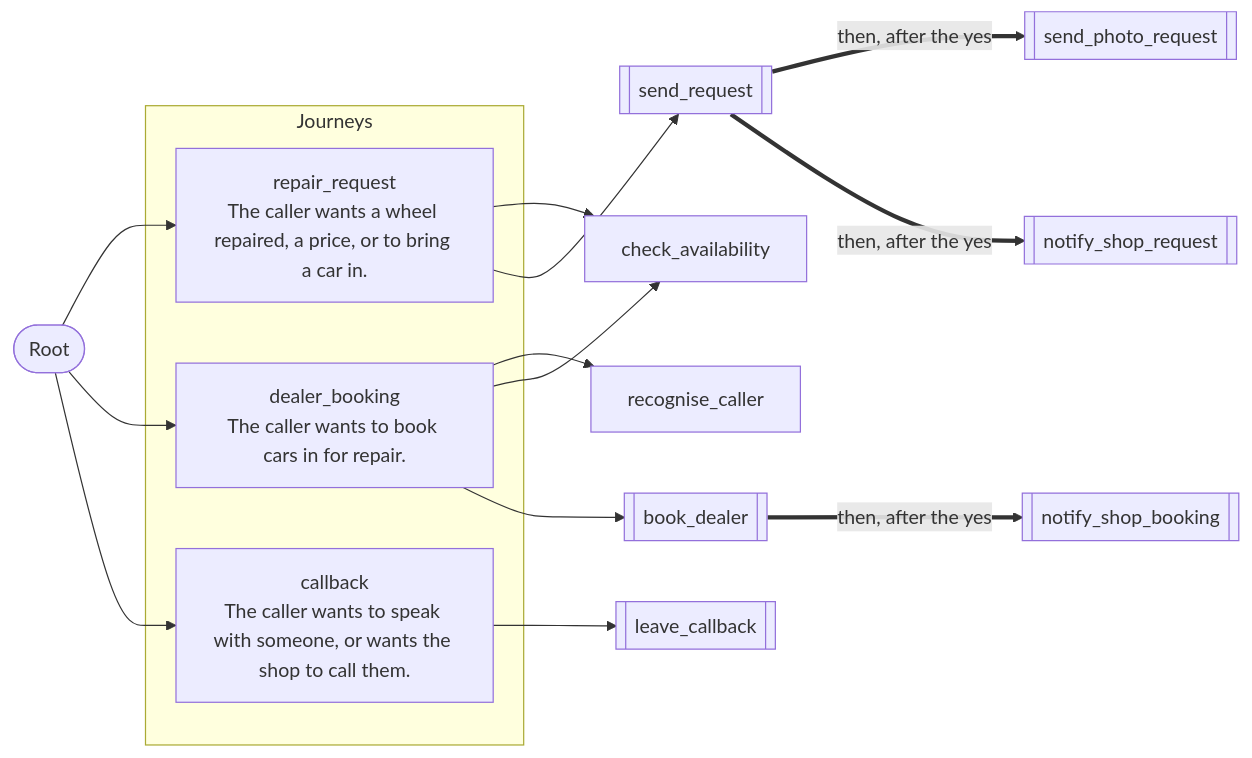
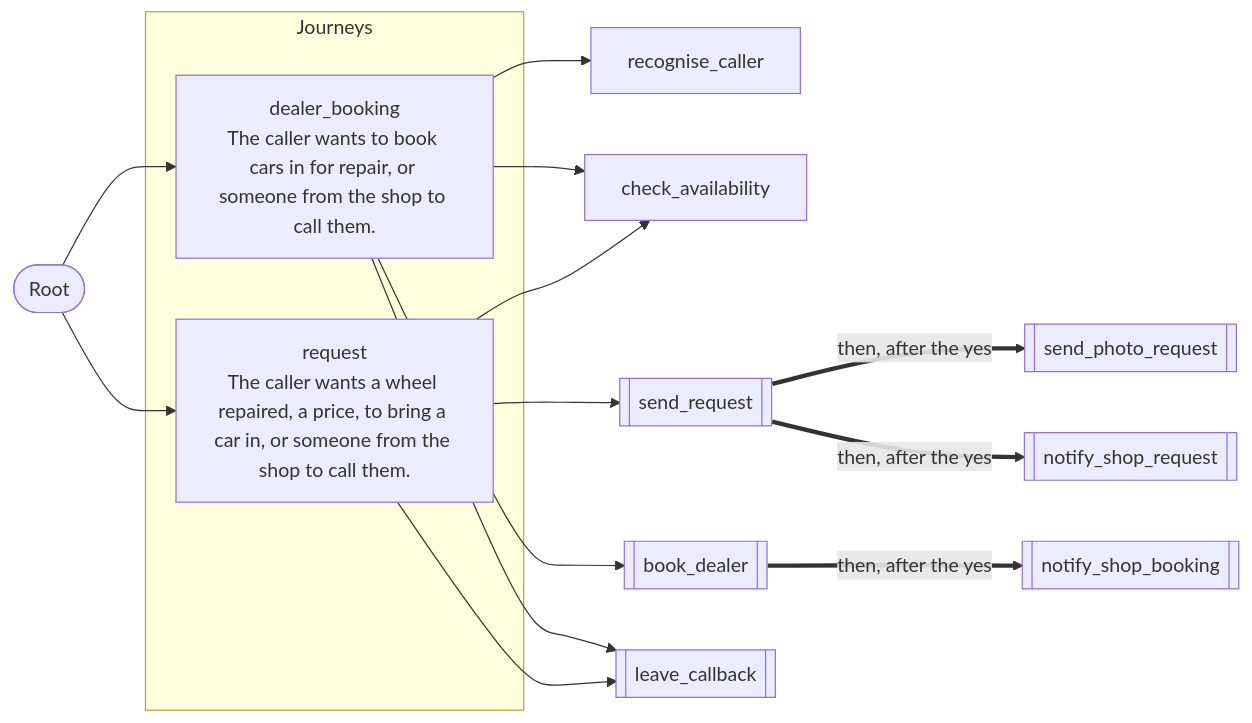
Before and after one commit to DialogWright/dialogwright: the second of 2 diagrams in apps/wheelshop-agent/APP-MAP.md, drawn with Mermaid. The commit also changed 6 other files, not shown here.

First line of the commit message:
wheelshop-agent: one request journey (a callback note is part of the request), a softer after-hours greeting, the same-day reply deadline

````diff
--- a/apps/wheelshop-agent/APP-MAP.md
+++ b/apps/wheelshop-agent/APP-MAP.md
@@ -54,29 +54,28 @@
 ```mermaid
 flowchart LR
   root(["Root"])
   subgraph journeys["Journeys"]
-    j_repair_request["repair_request<br/>The caller wants a wheel repaired, a price, or to bring a car in."]
-    j_dealer_booking["dealer_booking<br/>The caller wants to book cars in for repair."]
-    j_callback["callback<br/>The caller wants to speak with someone, or wants the shop to call them."]
+    j_request["request<br/>The caller wants a wheel repaired, a price, to bring a car in, or someone from the shop to call them."]
+    j_dealer_booking["dealer_booking<br/>The caller wants to book cars in for repair, or someone from the shop to call them."]
   end
   a_recognise_caller["recognise_caller"]
   a_check_availability["check_availability"]
   a_send_request[["send_request"]]
   a_send_photo_request[["send_photo_request"]]
   a_notify_shop_request[["notify_shop_request"]]
   a_book_dealer[["book_dealer"]]
   a_notify_shop_booking[["notify_shop_booking"]]
   a_leave_callback[["leave_callback"]]
-  root --> j_repair_request
+  root --> j_request
   root --> j_dealer_booking
-  root --> j_callback
-  j_repair_request --> a_check_availability
-  j_repair_request --> a_send_request
+  j_request --> a_check_availability
+  j_request --> a_send_request
+  j_request --> a_leave_callback
   j_dealer_booking --> a_recognise_caller
   j_dealer_booking --> a_check_availability
   j_dealer_booking --> a_book_dealer
-  j_callback --> a_leave_callback
+  j_dealer_booking --> a_leave_callback
   a_send_request ==>|"then, after the yes"| a_send_photo_request
   a_send_request ==>|"then, after the yes"| a_notify_shop_request
   a_book_dealer ==>|"then, after the yes"| a_notify_shop_booking
 ```
````
